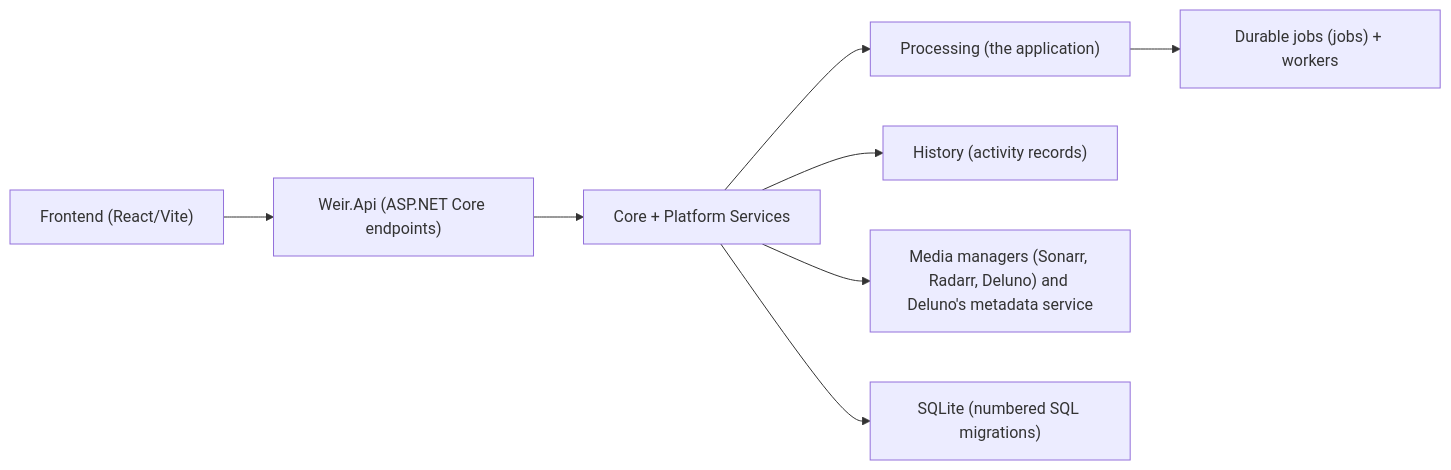
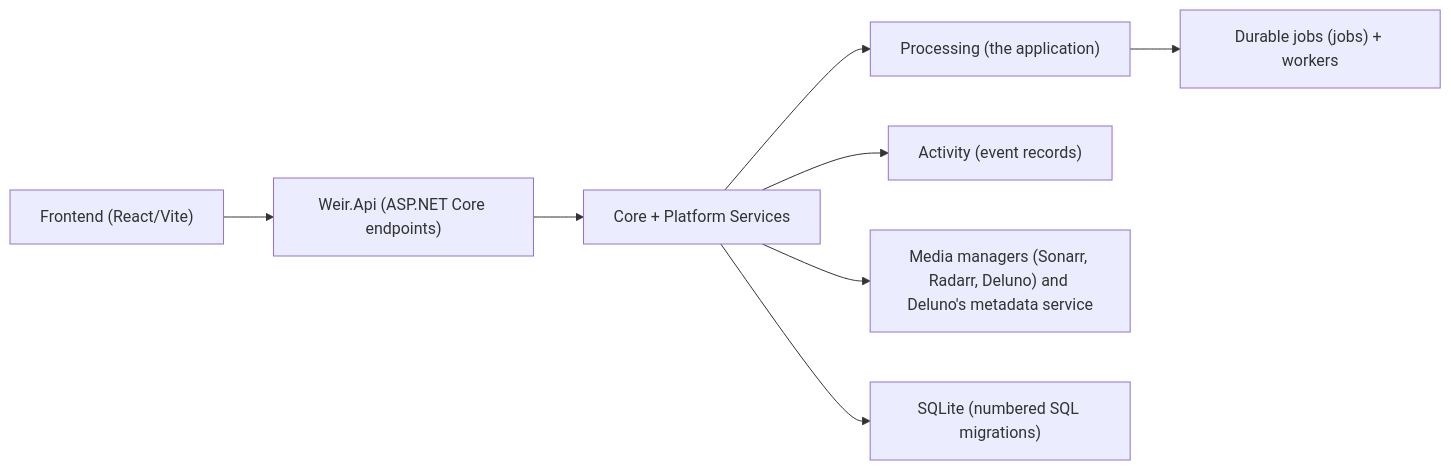
The first of 2 diagrams in ARCHITECTURE.md (jampat000/Weir), drawn with Mermaid before and after one commit. The commit also changed other lines of this file and 24 other files, not shown here.

````diff
--- a/ARCHITECTURE.md
+++ b/ARCHITECTURE.md
@@ -51,10 +51,10 @@
 ```mermaid
 flowchart LR
   UI["Frontend (React/Vite)"] --> API["Weir.Api (ASP.NET Core endpoints)"]
   API --> Core["Core + Platform Services"]
   Core --> Processing["Processing (the application)"]
-  Core --> History["History (activity records)"]
+  Core --> Activity["Activity (event records)"]
   Core --> Integrations["Media managers (Sonarr, Radarr, Deluno) and Deluno's metadata service"]
   Core --> DB["SQLite (numbered SQL migrations)"]
   Processing --> Jobs["Durable jobs (jobs) + workers"]
 ```
````
